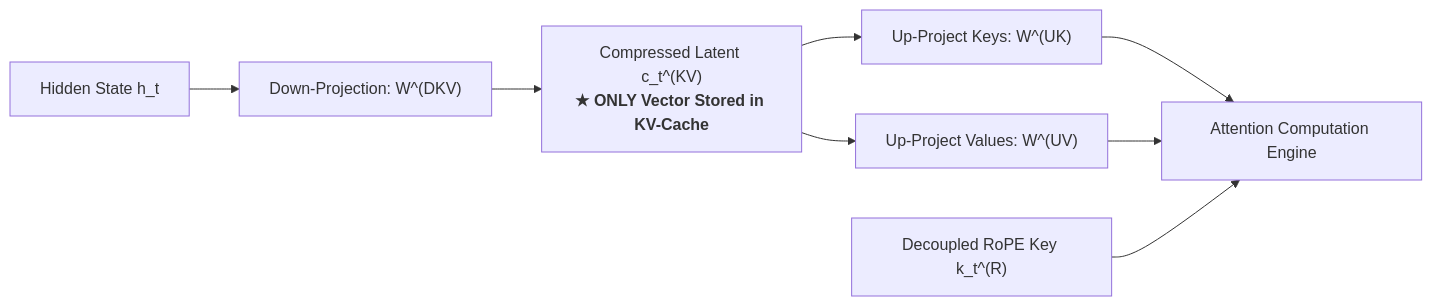
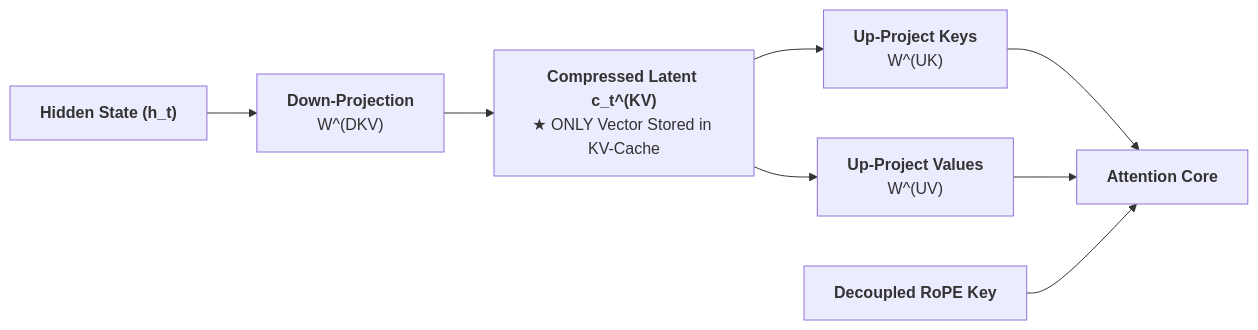
Before and after one commit to shotsan/llmnerd: the third of 3 diagrams in content/foundations/model_architecture.md, drawn with Mermaid. The commit also changed other lines of this file and 5 other files, not shown here.

````diff
--- a/content/foundations/model_architecture.md
+++ b/content/foundations/model_architecture.md
@@ -154,10 +224,10 @@
 ```mermaid
 flowchart LR
-    H["Hidden State h_t"] --> Down["Down-Projection: W^(DKV)"]
-    Down --> Latent["Compressed Latent c_t^(KV)<br/><b>★ ONLY Vector Stored in KV-Cache</b>"]
-    Latent --> UpK["Up-Project Keys: W^(UK)"]
-    Latent --> UpV["Up-Project Values: W^(UV)"]
-    UpK --> Attn["Attention Computation Engine"]
+    H["<b>Hidden State (h_t)</b>"] --> Down["<b>Down-Projection</b><br/>W^(DKV)"]
+    Down --> Latent["<b>Compressed Latent c_t^(KV)</b><br/>★ ONLY Vector Stored in KV-Cache"]
+    Latent --> UpK["<b>Up-Project Keys</b><br/>W^(UK)"]
+    Latent --> UpV["<b>Up-Project Values</b><br/>W^(UV)"]
+    UpK --> Attn["<b>Attention Core</b>"]
     UpV --> Attn
-    RoPE["Decoupled RoPE Key k_t^(R)"] --> Attn
+    RoPE["<b>Decoupled RoPE Key</b>"] --> Attn
 ```
````
